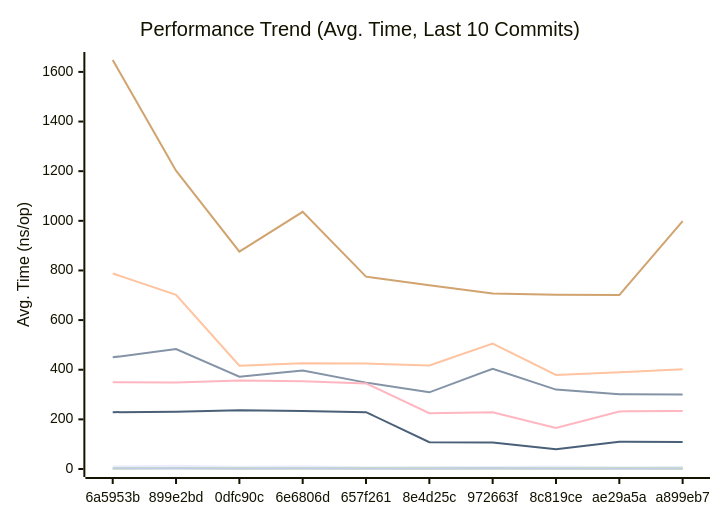
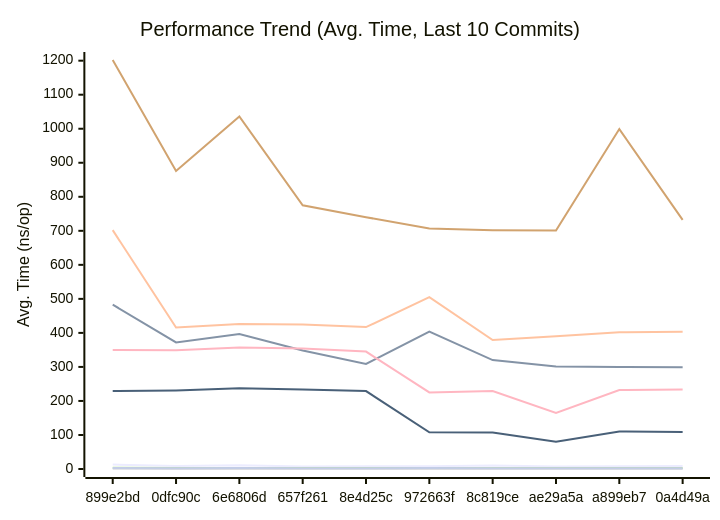
Before and after one commit to alsotoes/momo: the first of 3 diagrams in docs/PERFORMANCE.md, drawn with Mermaid. The commit also changed other lines of this file and 2 other files, not shown here.

````diff
--- a/docs/PERFORMANCE.md
+++ b/docs/PERFORMANCE.md
@@ -80,16 +80,16 @@
 ```mermaid
 xychart-beta
     title "Performance Trend (Avg. Time, Last 10 Commits)"
     x-axis "Commit"
     y-axis "Avg. Time (ns/op)"
-    x-axis [6a5953b,899e2bd,0dfc90c,6e6806d,657f261,8e4d25c,972663f,8c819ce,ae29a5a,a899eb7]
-    line "CheckMetricsAndSwap" [10,13,9,11,7,8,8,10,7,8]
-    line "CrushOptimized" [450,483,372,397,348,309,404,320,301,300]
-    line "CrushOriginal" [788,702,416,426,425,417,505,379,390,402]
-    line "IndexDirectTracking" [0,1,0,0,0,0,0,0,0,0]
-    line "IndexSearch" [3,4,3,3,3,3,3,3,3,3]
-    line "LoadGlobalConfig" [1648,1202,876,1036,775,740,707,702,701,999]
-    line "PadString" [3,3,2,3,2,2,3,2,2,2]
+    x-axis [899e2bd,0dfc90c,6e6806d,657f261,8e4d25c,972663f,8c819ce,ae29a5a,a899eb7,0a4d49a]
+    line "CheckMetricsAndSwap" [13,9,11,7,8,8,10,7,8,9]
+    line "CrushOptimized" [483,372,397,348,309,404,320,301,300,299]
+    line "CrushOriginal" [702,416,426,425,417,505,379,390,402,403]
+    line "IndexDirectTracking" [1,0,0,0,0,0,0,0,0,0]
+    line "IndexSearch" [4,3,3,3,3,3,3,3,3,3]
+    line "LoadGlobalConfig" [1202,876,1036,775,740,707,702,701,999,732]
+    line "PadString" [3,2,3,2,2,3,2,2,2,2]
     line "ParseReplicationOrder_NoPrealloc" [350,349,357,354,345,225,229,165,232,234]
     line "ParseReplicationOrder_Prealloc" [229,231,237,234,229,108,107,80,110,109]
 ```
````
